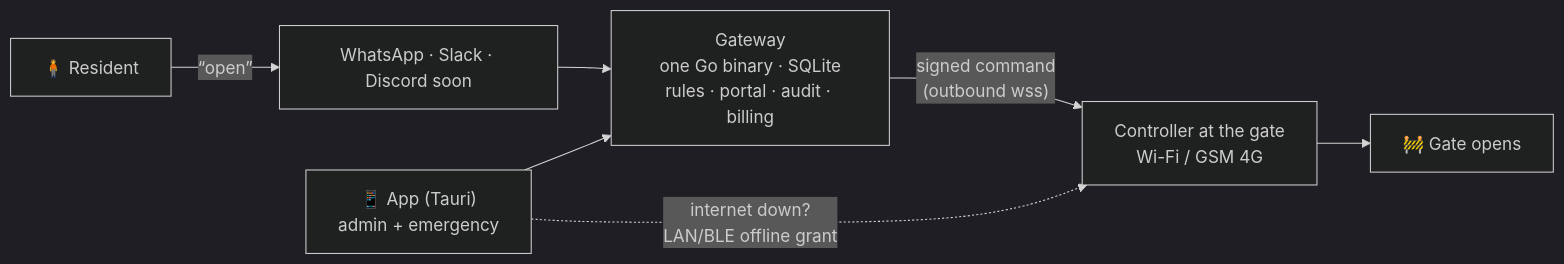
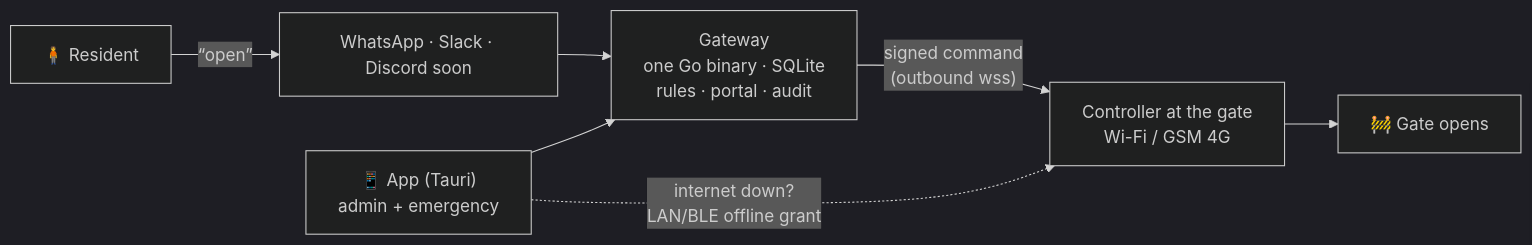
The diagram in README.md (vul-os/whatsacc), drawn with Mermaid (dark theme) before and after one commit. The commit also changed other lines of this file and 15 other files, not shown here.

````diff
--- a/README.md
+++ b/README.md
@@ -32,9 +32,9 @@
 ```mermaid
 flowchart LR
     R["🧍 Resident"] -- "“open”" --> CH["WhatsApp · Slack · Discord soon"]
-    CH --> GW["Gateway<br/>one Go binary · SQLite<br/>rules · portal · audit · billing"]
+    CH --> GW["Gateway<br/>one Go binary · SQLite<br/>rules · portal · audit"]
     APP["📱 App (Tauri)<br/>admin + emergency"] --> GW
     GW -- "signed command<br/>(outbound wss)" --> C["Controller at the gate<br/>Wi-Fi / GSM 4G"]
     C --> G["🚧 Gate opens"]
     APP -. "internet down?<br/>LAN/BLE offline grant" .-> C
 ```
````
